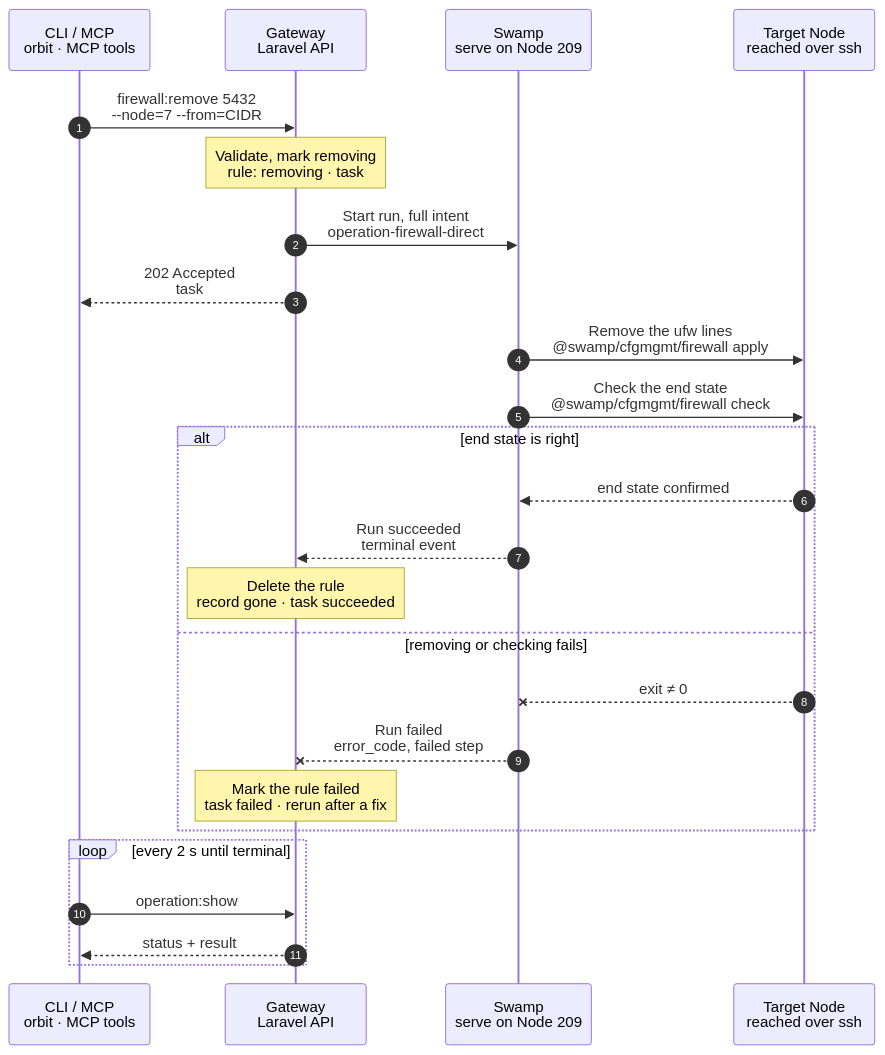
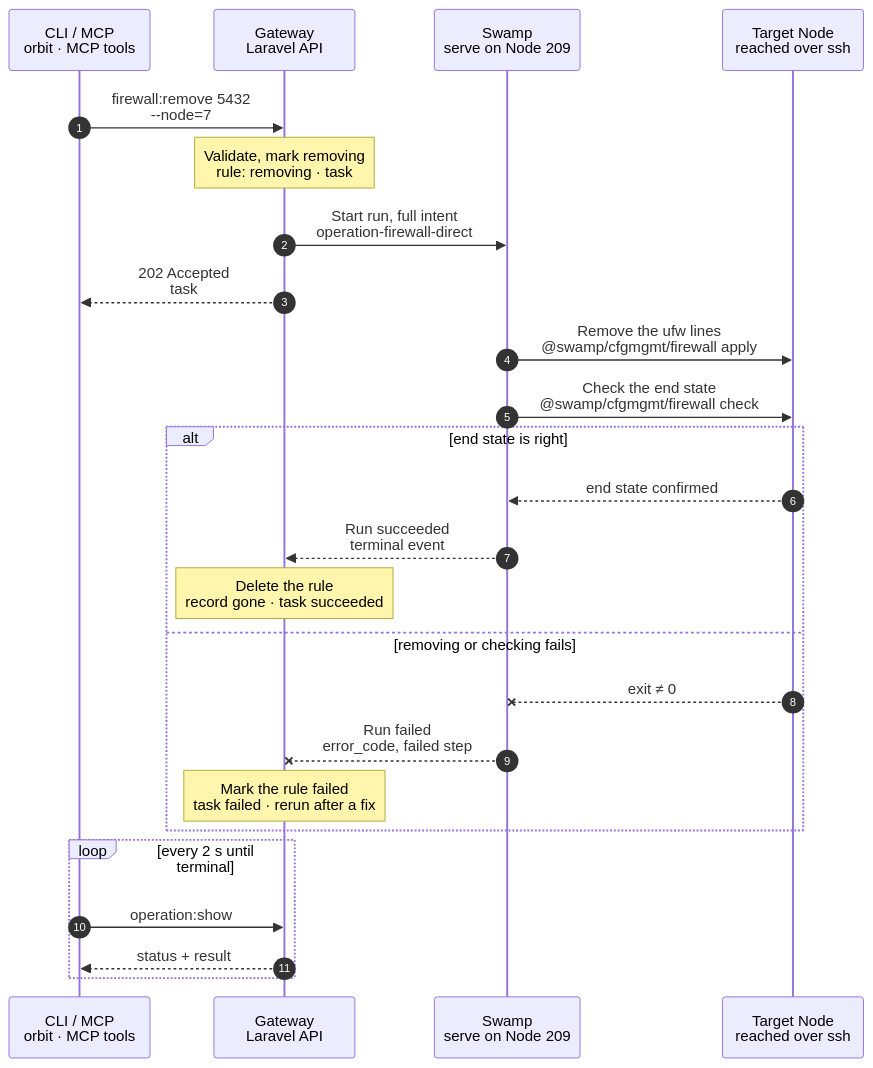
The diagram in docs/cli/firewall/remove.mmd (hardimpactdev/orbit), drawn with Mermaid before and after one commit. The commit also changed 7 other files, not shown here.

Commit message:
docs(env,firewall,doctor,github): draw required parameters on the main path (flow rule 23)

```diff
--- a/docs/cli/firewall/remove.mmd
+++ b/docs/cli/firewall/remove.mmd
@@ -1,92 +1,94 @@
 sequenceDiagram
   %% Target design: ADR 0244 task, ADR 0241 allowlists, DECISIONS R1-R4 + 5 (process.stop shape, shared SSH identity). Same shape as firewall.allow.
   %% status: reviewed
   %% command: firewall:remove
   %% kind: firewall.remove
   autonumber
   %% lane CLI icon=terminal pill=caller tone=gray
   %% lane GW icon=gateway pill=intent tone=blue
   %% lane SW icon=workflow pill=executes tone=green
   %% lane N icon=server pill=target tone=amber
   participant CLI as CLI / MCP<br/>orbit · MCP tools
   participant GW as Gateway<br/>Laravel API
   participant SW as Swamp<br/>serve on Node 209
   participant N as Target Node<br/>reached over ssh
-  CLI->>GW: firewall:remove 5432<br/>--node=7 --from=CIDR
+  CLI->>GW: firewall:remove 5432<br/>--node=7
   %%> Command:
-  %%> - `orbit firewall:remove 5432 --node=7 --from=10.6.0.0/24`
+  %%> - `orbit firewall:remove 5432 --node=7`
   %%> - syntax: `<port> --node=ID [--from=SOURCE] [--protocol=tcp|udp]`
   %%> Input:
   %%> - the port as the argument, and the Node
   %%> - `--from` and `--protocol` only when several rules share the port
+  %%> Confirmation:
+  %%> - the CLI asks before removal; `--yes` confirms without a prompt
   %%> Who can call it:
   %%> - the `orbit` CLI and the MCP tool send the same request
   Note over GW: Validate, mark removing<br/>rule: removing · task #5131
   %%> Requirements:
   %%> - your Node has an access grant to Node 7
   %%> - exactly one rule on Node 7 matches the port, source and protocol
   %%> - no other firewall change runs on Node 7; the Gateway holds one lock per Node
   %%> Works out what to keep:
   %%> - a ufw line that another rule, or a rule Orbit itself needs, also uses stays on the Node
   %%> - only lines that belong to this rule alone are removed
   %%> Result:
   %%> - the rule for port 5432 recorded as removing
   %%> - task #5131 recorded with the full intent
   %%> - nothing has happened on the Node yet
   GW->>SW: Start run, full intent<br/>operation-firewall-direct
   %%> What it does:
   %%> - starts one Swamp run on serve (Node 209)
   %%> Inputs:
   %%> - the ufw lines to remove, and the lines that must stay
   %%> - Node 7's address and SSH host keys; the SSH identity comes from the `swamp` role
   GW-->>CLI: 202 Accepted<br/>task #5131
   %%> What you get:
   %%> - the task number, at once
   %%> Next:
   %%> - the CLI follows the task with `operation:show`
   SW->>N: Remove the ufw lines<br/>@swamp/cfgmgmt/firewall apply
   %%> How:
   %%> - Swamp reaches Node 7 over SSH from 209, with the official `@swamp/cfgmgmt/firewall` behavior
   %%> What it does:
   %%> - removes each line that belongs to this rule alone
   %%> - a line that is already gone is skipped
   %%> - for an allowlist rule, it also removes the rule's ordered block of lines
   SW->>N: Check the end state<br/>@swamp/cfgmgmt/firewall check
   %%> What it does:
   %%> - reads ufw back: removed lines are gone, and kept lines are still there
   %%> Why:
   %%> - the rule only counts as removed when ufw shows it
   alt end state is right
     N-->>SW: end state confirmed
     %%> Returns:
     %%> - the check passed
     SW-->>GW: Run succeeded<br/>terminal event
     %%> How the Gateway learns it:
     %%> - its shared run reader sees the terminal event; Swamp never calls the Gateway
     Note over GW: Delete the rule<br/>record gone · task succeeded
     %%> Result:
     %%> - the rule for port 5432 is deleted from the Gateway
     %%> - task #5131 succeeds
   else removing or checking fails
     N--xSW: exit ≠ 0
     %%> When:
     %%> - ufw refuses the change, SSH fails, or the end state is wrong
     SW--xGW: Run failed<br/>error_code, failed step
     %%> The Gateway reads:
     %%> - which step failed and its error code
     Note over GW: Mark the rule failed<br/>task failed · rerun after a fix
     %%> Result:
     %%> - the rule for port 5432 stays, marked failed, so you can see it
     %%> - task #5131 fails
     %%> On the Node:
     %%> - lines removed before the failure stay removed; there is no rollback
     %%> - that is safe: a rerun skips lines that are already gone
   end
   loop every 2 s until terminal
     CLI->>GW: operation:show #5131
     %%> What it does:
     %%> - asks for the task's status every 2 seconds until it has ended
     GW-->>CLI: status + result
     %%> Returns:
     %%> - the current status, and the result once the task has ended
   end
```
